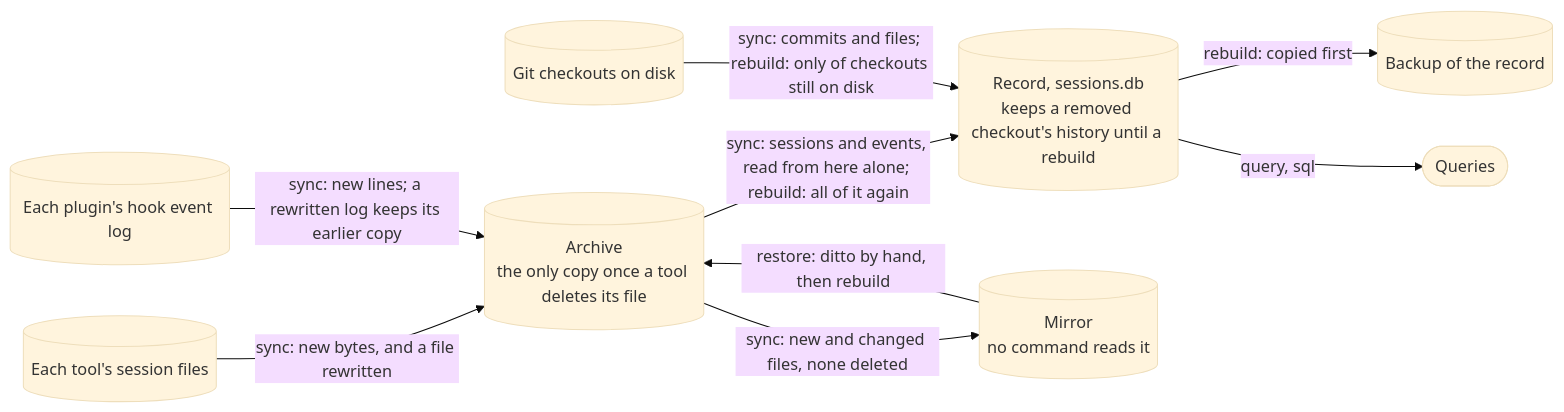
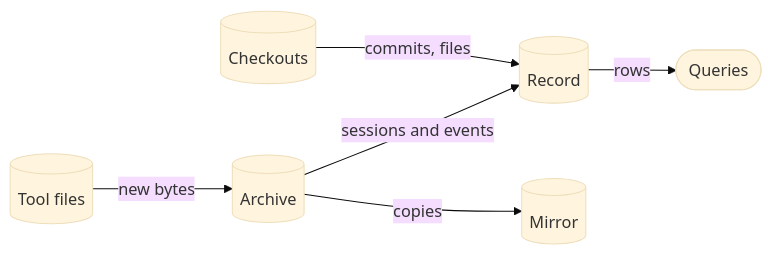
The diagram in README.md (cniska/agent-record), drawn with Mermaid (base theme) before and after one commit. The commit also changed other lines of this file and 1 other file, not shown here.

Commit message:
docs: simplify the trace and data-flow charts

````diff
--- a/README.md
+++ b/README.md
@@ -75,11 +75,8 @@
 ```mermaid
 flowchart LR
-  tools[("Each tool's session files")] -- "sync: new bytes, and a file rewritten" --> archive[("Archive<br/>the only copy once a tool deletes its file")]
-  logs[("Each plugin's hook event log")] -- "sync: new lines; a rewritten log keeps its earlier copy" --> archive
-  archive -- "sync: sessions and events, read from here alone; rebuild: all of it again" --> record[("Record, sessions.db<br/>keeps a removed checkout's history until a rebuild")]
-  repos[("Git checkouts on disk")] -- "sync: commits and files; rebuild: only of checkouts still on disk" --> record
-  record -- "rebuild: copied first" --> backup[("Backup of the record")]
-  record -- "query, sql" --> queries(["Queries"])
-  archive -- "sync: new and changed files, none deleted" --> mirror[("Mirror<br/>no command reads it")]
-  mirror -- "restore: ditto by hand, then rebuild" --> archive
+  files[("Tool files")] -- "new bytes" --> archive[("Archive")]
+  archive -- "sessions and events" --> record[("Record")]
+  git[("Checkouts")] -- "commits, files" --> record
+  record -- "rows" --> queries(["Queries"])
+  archive -- "copies" --> mirror[("Mirror")]
 ```
````
